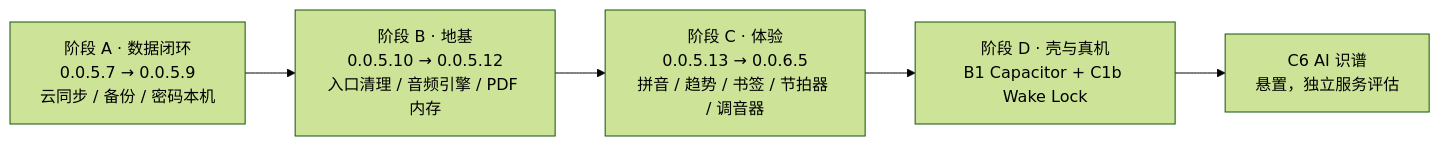
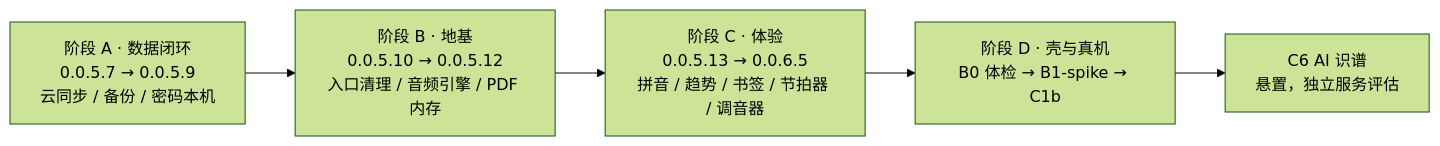
The diagram in README.md (moanet/Guitar-Shell), drawn with Mermaid (forest theme) before and after one commit. The commit also changed other lines of this file, not shown here.

````diff
--- a/README.md
+++ b/README.md
@@ -61,7 +61,7 @@
 ```mermaid
 flowchart LR
   A["阶段 A · 数据闭环<br/>0.0.5.7 → 0.0.5.9<br/>云同步 / 备份 / 密码本机"] --> B["阶段 B · 地基<br/>0.0.5.10 → 0.0.5.12<br/>入口清理 / 音频引擎 / PDF 内存"]
   B --> C["阶段 C · 体验<br/>0.0.5.13 → 0.0.6.5<br/>拼音 / 趋势 / 书签 / 节拍器 / 调音器"]
-  C --> D["阶段 D · 壳与真机<br/>B1 Capacitor + C1b Wake Lock"]
+  C --> D["阶段 D · 壳与真机<br/>B0 体检 → B1-spike → C1b"]
   D --> E["C6 AI 识谱<br/>悬置，独立服务评估"]
 ```
````
